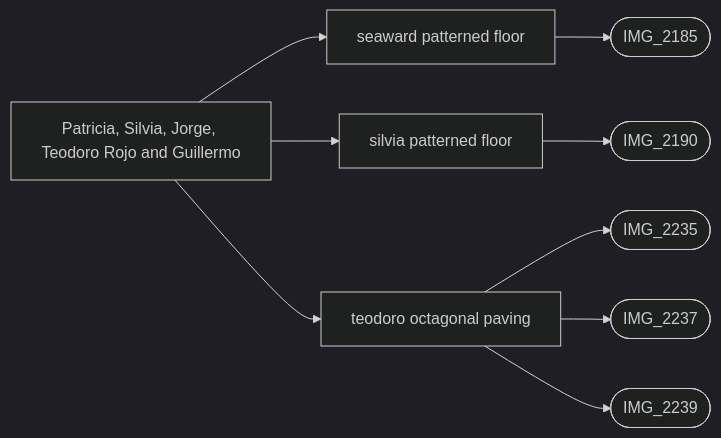
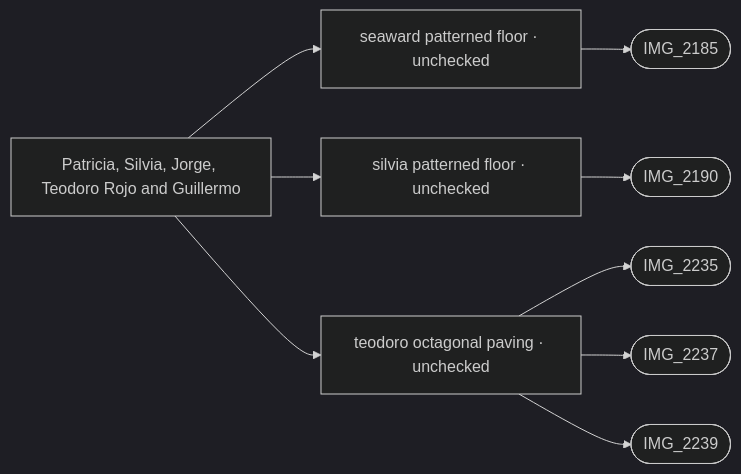
One commit to daveyboyc/villacana-venture changed the diagram in refs/areas/seaward-lanes.md. Above: the diagram before and after it, drawn with Mermaid (dark theme). The commit also changed other lines of this file and 47 other files, not shown here.

````diff
--- a/refs/areas/seaward-lanes.md
+++ b/refs/areas/seaward-lanes.md
@@ -27,12 +27,12 @@
 ```mermaid
 graph LR
   A["Patricia, Silvia, Jorge, Teodoro Rojo and Guillermo"]
-  A --> F0["seaward patterned floor"]
+  A --> F0["seaward patterned floor · unchecked"]
   F0 --> PIMG_2185_jpg(["IMG_2185"])
-  A --> F1["silvia patterned floor"]
+  A --> F1["silvia patterned floor · unchecked"]
   F1 --> PIMG_2190_jpg(["IMG_2190"])
-  A --> F2["teodoro octagonal paving"]
+  A --> F2["teodoro octagonal paving · unchecked"]
   F2 --> PIMG_2235_jpg(["IMG_2235"])
   F2 --> PIMG_2237_jpg(["IMG_2237"])
   F2 --> PIMG_2239_jpg(["IMG_2239"])
 ```
````
